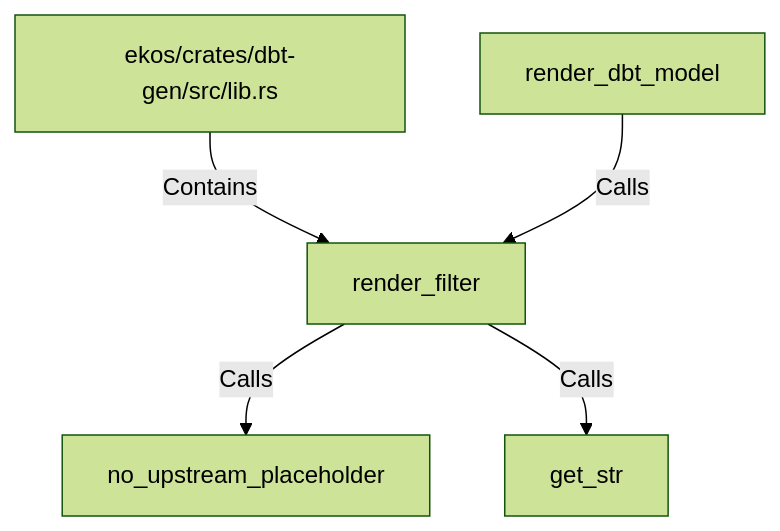
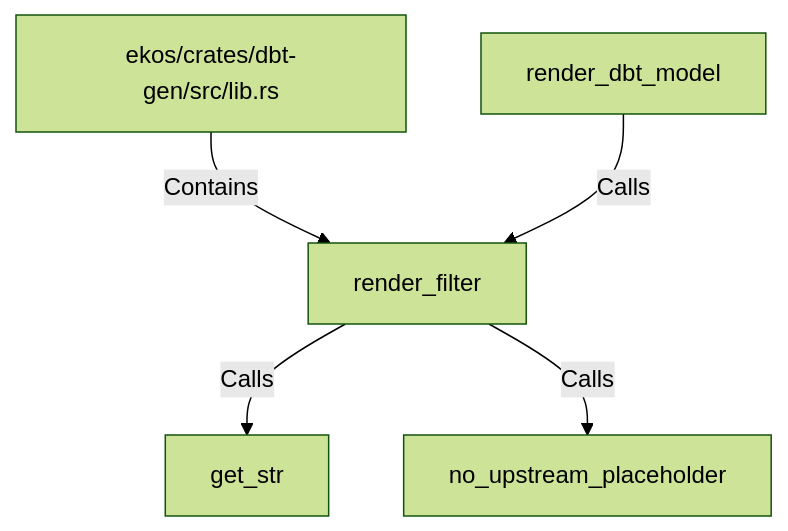
One commit to alexeyban/EKOS changed the diagram in doc/entities/rustsymbol/re/render-filter.md. Above: the diagram before and after it, drawn with Mermaid (forest theme). The commit also changed other lines of this file and 552 other files, not shown here.

````diff
--- a/doc/entities/rustsymbol/re/render-filter.md
+++ b/doc/entities/rustsymbol/re/render-filter.md
@@ -23,12 +23,12 @@
 ```mermaid
 graph TD
     n4976bdefe8ee5e029603fe82d738e9c7["render_filter"]
     n20d45ed0c411592d80346486682f898c["ekos/crates/dbt-gen/src/lib.rs"]
     n20d45ed0c411592d80346486682f898c -->|Contains| n4976bdefe8ee5e029603fe82d738e9c7
     n95ef686237ab54fa99de4e67f2dffd69["render_dbt_model"]
     n95ef686237ab54fa99de4e67f2dffd69 -->|Calls| n4976bdefe8ee5e029603fe82d738e9c7
+    n92ef0b6b150b5f26bfbd07900bf340c8["get_str"]
+    n4976bdefe8ee5e029603fe82d738e9c7 -->|Calls| n92ef0b6b150b5f26bfbd07900bf340c8
     n0a8b417e5dc951999efe5d7b8d2b02b5["no_upstream_placeholder"]
     n4976bdefe8ee5e029603fe82d738e9c7 -->|Calls| n0a8b417e5dc951999efe5d7b8d2b02b5
-    n92ef0b6b150b5f26bfbd07900bf340c8["get_str"]
-    n4976bdefe8ee5e029603fe82d738e9c7 -->|Calls| n92ef0b6b150b5f26bfbd07900bf340c8
 ```
````
